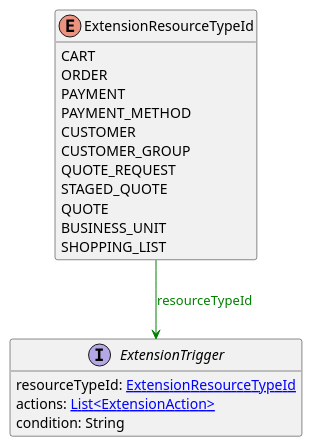
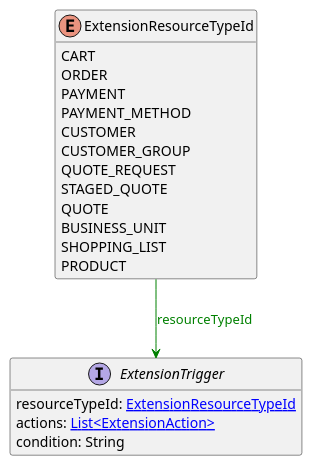
One commit to commercetools/commercetools-api-reference changed the diagram in uml/api/ExtensionResourceTypeId.puml. Above: the diagram before and after it, drawn with PlantUML. The commit also changed 2 other files, not shown here.

```diff
--- a/uml/api/ExtensionResourceTypeId.puml
+++ b/uml/api/ExtensionResourceTypeId.puml
@@ -1,23 +1,24 @@
 @startuml
 
 hide methods
 enum ExtensionResourceTypeId {
     CART
     ORDER
     PAYMENT
     PAYMENT_METHOD
     CUSTOMER
     CUSTOMER_GROUP
     QUOTE_REQUEST
     STAGED_QUOTE
     QUOTE
     BUSINESS_UNIT
     SHOPPING_LIST
+    PRODUCT
 }
 interface ExtensionTrigger [[ExtensionTrigger.svg]]  {
     resourceTypeId: [[ExtensionResourceTypeId.svg ExtensionResourceTypeId]]
     actions: [[ExtensionAction.svg List<ExtensionAction>]]
     condition: String
 }
 ExtensionResourceTypeId --> ExtensionTrigger #green;text:green : "resourceTypeId"
 @enduml
```
